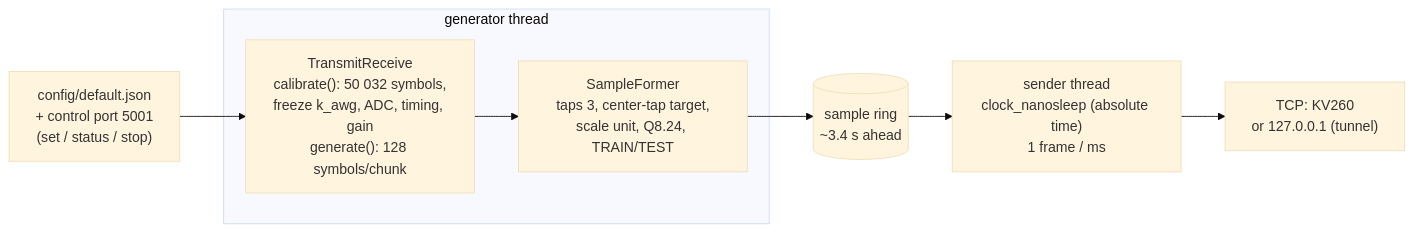
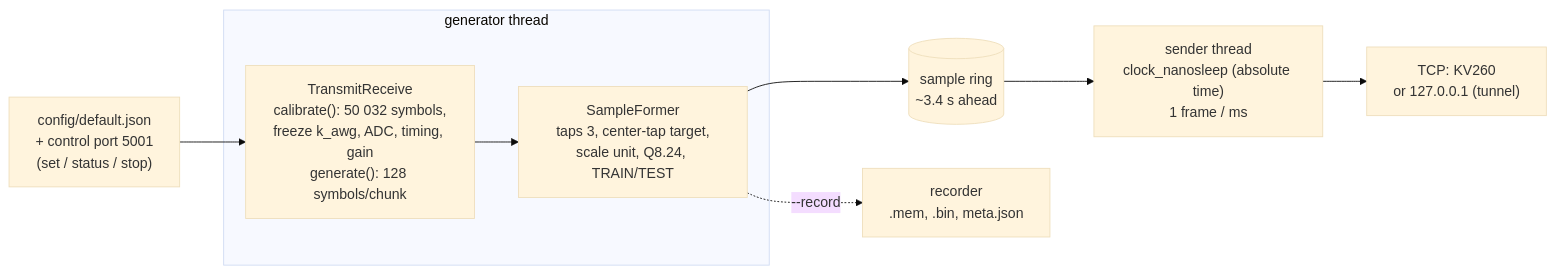
The third of 5 diagrams in docs/DEMO.md (ahmedabdellatif7700/arof-rt-generator), drawn with Mermaid (base theme) before and after one commit. The commit also changed other lines of this file and 13 other files, not shown here.

````diff
--- a/docs/DEMO.md
+++ b/docs/DEMO.md
@@ -139,11 +154,12 @@
 ```mermaid
 flowchart LR
     CFG["config/default.json<br/>+ control port 5001<br/>(set / status / stop)"] --> TR
     subgraph GT["generator thread"]
         TR["TransmitReceive<br/>calibrate(): 50 032 symbols,<br/>freeze k_awg, ADC, timing, gain<br/>generate(): 128 symbols/chunk"]
         TR --> SFm["SampleFormer<br/>taps 3, center-tap target,<br/>scale unit, Q8.24, TRAIN/TEST"]
     end
     SFm --> RING[("sample ring<br/>~3.4 s ahead")]
     RING --> SND["sender thread<br/>clock_nanosleep (absolute time)<br/>1 frame / ms"]
     SND --> NET["TCP: KV260<br/>or 127.0.0.1 (tunnel)"]
+    SFm -. "--record" .-> REC["recorder<br/>.mem, .bin, meta.json"]
 ```
````
